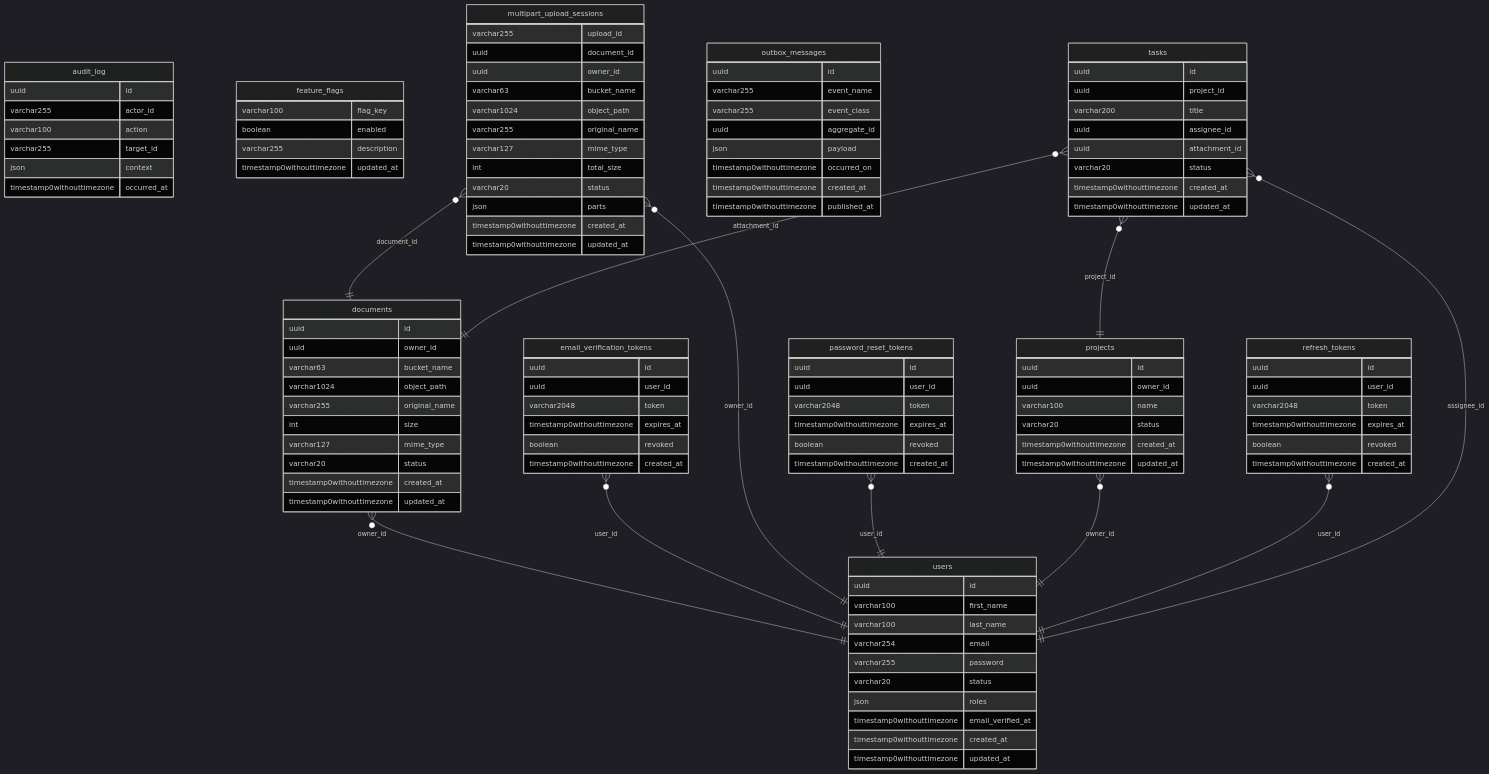
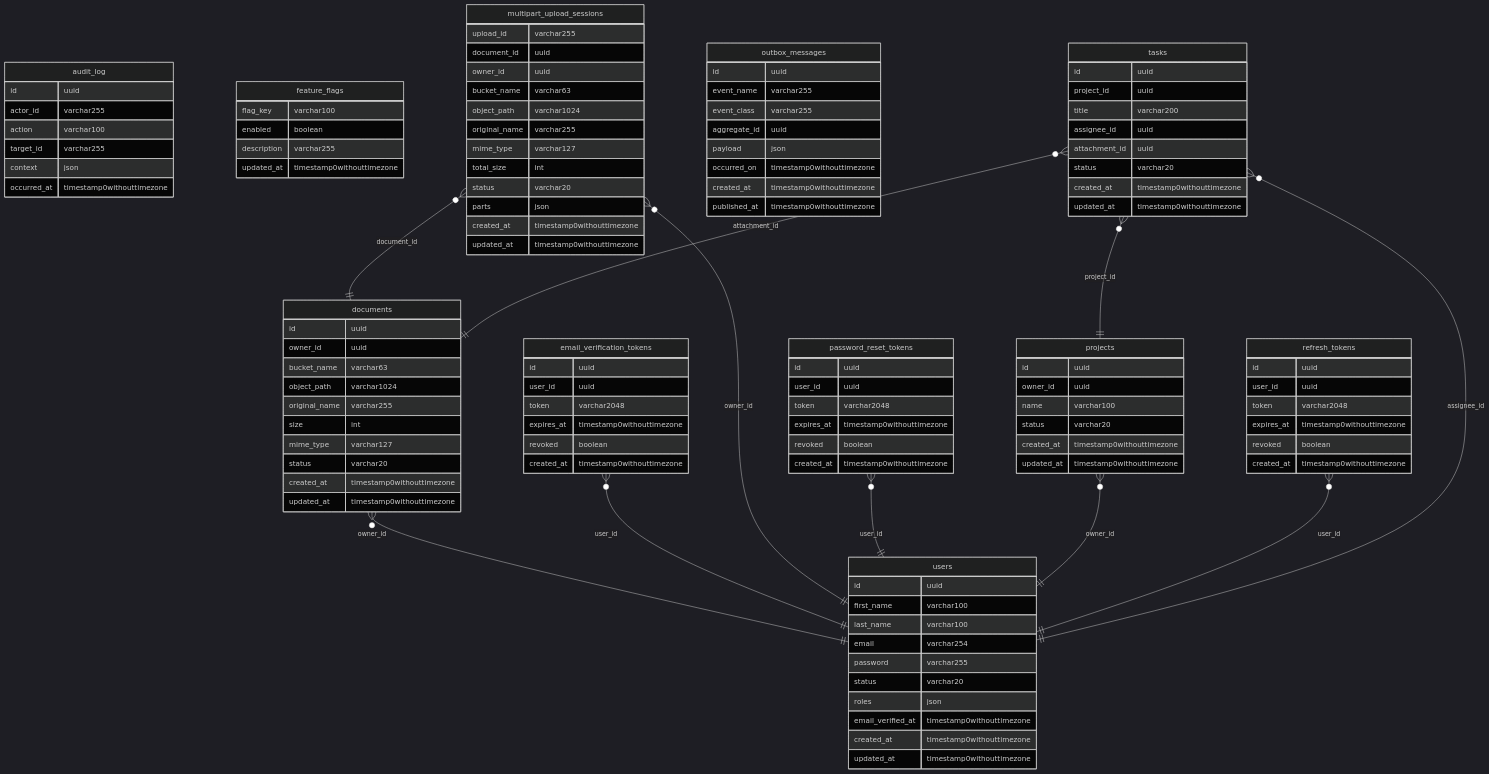
The diagram in docs/er-diagram.md (SorenMesselier-Sentis/template-ddd-symfony-api), drawn with Mermaid (dark theme) before and after one commit. The commit also changed 6 other files, not shown here.

Commit message:
fix(er): fix er-diagram generation

````diff
--- a/docs/er-diagram.md
+++ b/docs/er-diagram.md
@@ -3,108 +3,108 @@
 ```mermaid
 erDiagram
     audit_log {
-        uuid id
-        varchar255 actor_id
-        varchar100 action
-        varchar255 target_id
-        json context
-        timestamp0withouttimezone occurred_at
+        id uuid
+        actor_id varchar255
+        action varchar100
+        target_id varchar255
+        context json
+        occurred_at timestamp0withouttimezone
     }
     documents {
-        uuid id
-        uuid owner_id
-        varchar63 bucket_name
-        varchar1024 object_path
-        varchar255 original_name
-        int size
-        varchar127 mime_type
-        varchar20 status
-        timestamp0withouttimezone created_at
-        timestamp0withouttimezone updated_at
+        id uuid
+        owner_id uuid
+        bucket_name varchar63
+        object_path varchar1024
+        original_name varchar255
+        size int
+        mime_type varchar127
+        status varchar20
+        created_at timestamp0withouttimezone
+        updated_at timestamp0withouttimezone
     }
     email_verification_tokens {
-        uuid id
-        uuid user_id
-        varchar2048 token
-        timestamp0withouttimezone expires_at
-        boolean revoked
-        timestamp0withouttimezone created_at
+        id uuid
+        user_id uuid
+        token varchar2048
+        expires_at timestamp0withouttimezone
+        revoked boolean
+        created_at timestamp0withouttimezone
     }
     feature_flags {
-        varchar100 flag_key
-        boolean enabled
-        varchar255 description
-        timestamp0withouttimezone updated_at
+        flag_key varchar100
+        enabled boolean
+        description varchar255
+        updated_at timestamp0withouttimezone
     }
     multipart_upload_sessions {
-        varchar255 upload_id
-        uuid document_id
-        uuid owner_id
-        varchar63 bucket_name
-        varchar1024 object_path
-        varchar255 original_name
-        varchar127 mime_type
-        int total_size
-        varchar20 status
-        json parts
-        timestamp0withouttimezone created_at
-        timestamp0withouttimezone updated_at
+        upload_id varchar255
+        document_id uuid
+        owner_id uuid
+        bucket_name varchar63
+        object_path varchar1024
+        original_name varchar255
+        mime_type varchar127
+        total_size int
+        status varchar20
+        parts json
+        created_at timestamp0withouttimezone
+        updated_at timestamp0withouttimezone
     }
     outbox_messages {
-        uuid id
-        varchar255 event_name
-        varchar255 event_class
-        uuid aggregate_id
-        json payload
-        timestamp0withouttimezone occurred_on
-        timestamp0withouttimezone created_at
-        timestamp0withouttimezone published_at
+        id uuid
+        event_name varchar255
+        event_class varchar255
+        aggregate_id uuid
+        payload json
+        occurred_on timestamp0withouttimezone
+        created_at timestamp0withouttimezone
+        published_at timestamp0withouttimezone
     }
     password_reset_tokens {
-        uuid id
-        uuid user_id
-        varchar2048 token
-        timestamp0withouttimezone expires_at
-        boolean revoked
-        timestamp0withouttimezone created_at
+        id uuid
+        user_id uuid
+        token varchar2048
+        expires_at timestamp0withouttimezone
+        revoked boolean
+        created_at timestamp0withouttimezone
     }
     projects {
-        uuid id
-        uuid owner_id
-        varchar100 name
-        varchar20 status
-        timestamp0withouttimezone created_at
-        timestamp0withouttimezone updated_at
+        id uuid
+        owner_id uuid
+        name varchar100
+        status varchar20
+        created_at timestamp0withouttimezone
+        updated_at timestamp0withouttimezone
     }
     refresh_tokens {
-        uuid id
-        uuid user_id
-        varchar2048 token
-        timestamp0withouttimezone expires_at
-        boolean revoked
-        timestamp0withouttimezone created_at
+        id uuid
+        user_id uuid
+        token varchar2048
+        expires_at timestamp0withouttimezone
+        revoked boolean
+        created_at timestamp0withouttimezone
     }
     tasks {
-        uuid id
-        uuid project_id
-        varchar200 title
-        uuid assignee_id
-        uuid attachment_id
-        varchar20 status
-        timestamp0withouttimezone created_at
-        timestamp0withouttimezone updated_at
+        id uuid
+        project_id uuid
+        title varchar200
+        assignee_id uuid
+        attachment_id uuid
+        status varchar20
+        created_at timestamp0withouttimezone
+        updated_at timestamp0withouttimezone
     }
     users {
-        uuid id
-        varchar100 first_name
-        varchar100 last_name
-        varchar254 email
-        varchar255 password
-        varchar20 status
-        json roles
-        timestamp0withouttimezone email_verified_at
-        timestamp0withouttimezone created_at
-        timestamp0withouttimezone updated_at
+        id uuid
+        first_name varchar100
+        last_name varchar100
+        email varchar254
+        password varchar255
+        status varchar20
+        roles json
+        email_verified_at timestamp0withouttimezone
+        created_at timestamp0withouttimezone
+        updated_at timestamp0withouttimezone
     }
     documents }o--|| users : "owner_id"
     email_verification_tokens }o--|| users : "user_id"
````
